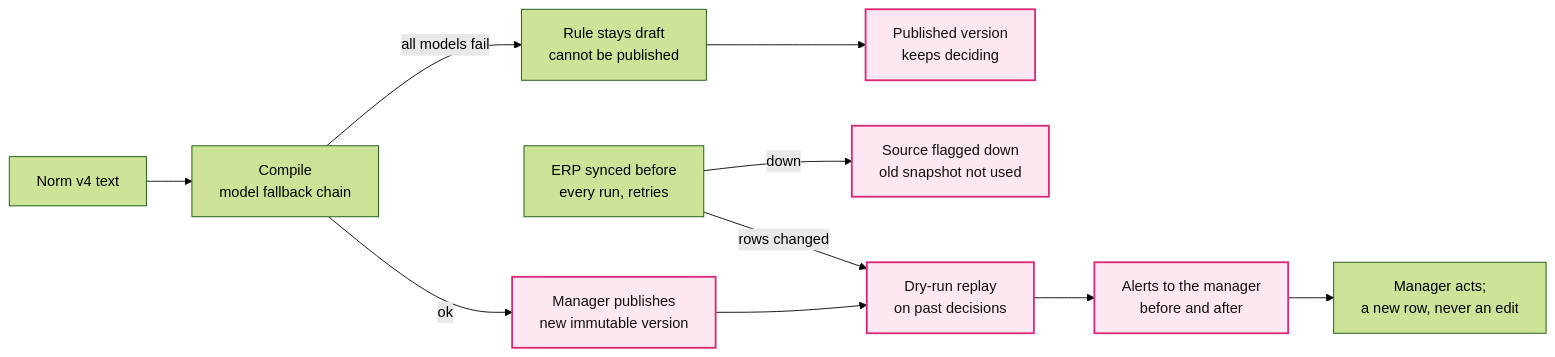
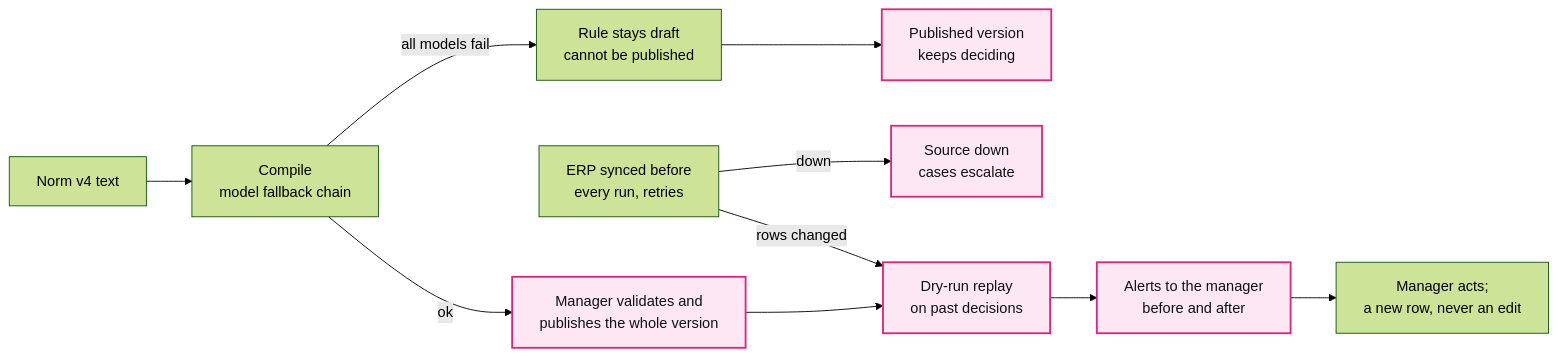
The diagram in docs/adr/E-change-without-code-recover-without-loss.md (Martinhdeez/trace-it), drawn with Mermaid (forest theme) before and after one commit. The commit also changed other lines of this file and 41 other files, not shown here.

````diff
--- a/docs/adr/E-change-without-code-recover-without-loss.md
+++ b/docs/adr/E-change-without-code-recover-without-loss.md
@@ -39,14 +77,14 @@
 ```mermaid
 flowchart LR
   NV["Norm v4 text"] --> CMP["Compile<br/>model fallback chain"]
   CMP -- "all models fail" --> DR["Rule stays draft<br/>cannot be published"]
   DR --> OLDV["Published version<br/>keeps deciding"]
-  CMP -- ok --> PV["Manager publishes<br/>new immutable version"]
-  ERP["ERP synced before<br/>every run, retries"] -- "down" --> OLD["Source flagged down<br/>old snapshot not used"]
+  CMP -- ok --> PV["Manager validates and<br/>publishes the whole version"]
+  ERP["ERP synced before<br/>every run, retries"] -- "down" --> OLD["Source down<br/>cases escalate"]
   ERP -- "rows changed" --> DRY["Dry-run replay<br/>on past decisions"]
   PV --> DRY
   DRY --> AL["Alerts to the manager<br/>before and after"]
   AL --> MG["Manager acts;<br/>a new row, never an edit"]
   classDef ke fill:#fce7f3,stroke:#db2777,stroke-width:2px,color:#111
   class OLDV,PV,OLD,DRY,AL ke
 ```
````
